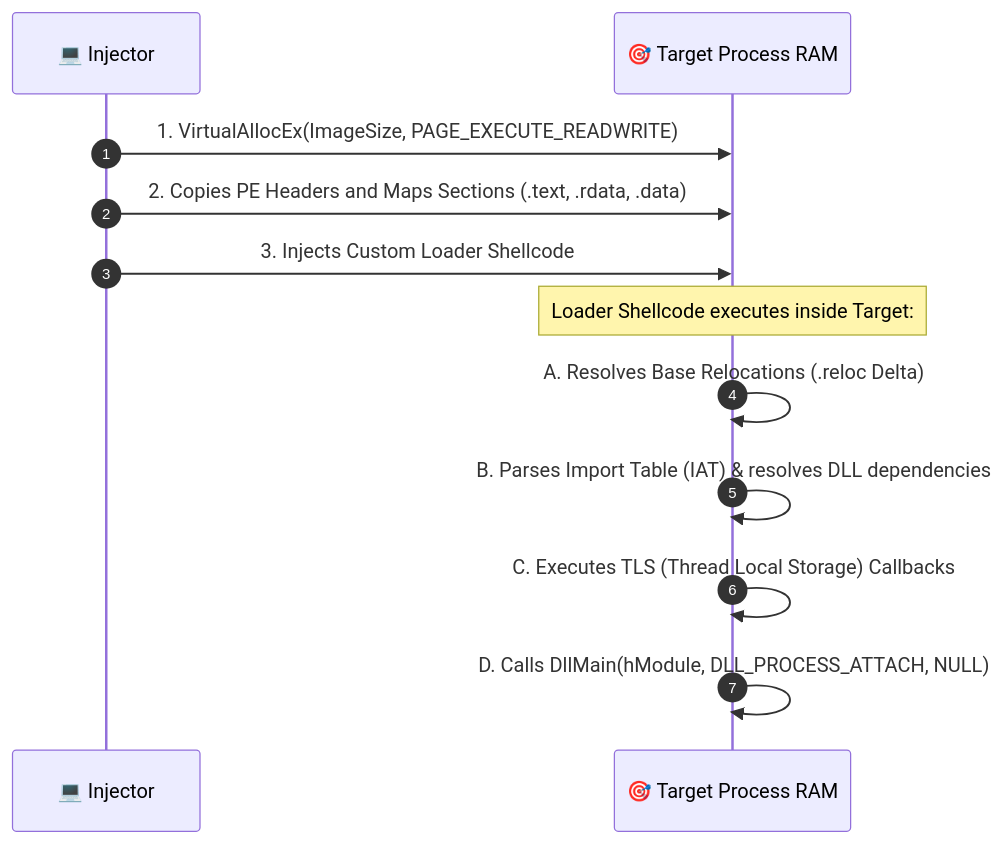
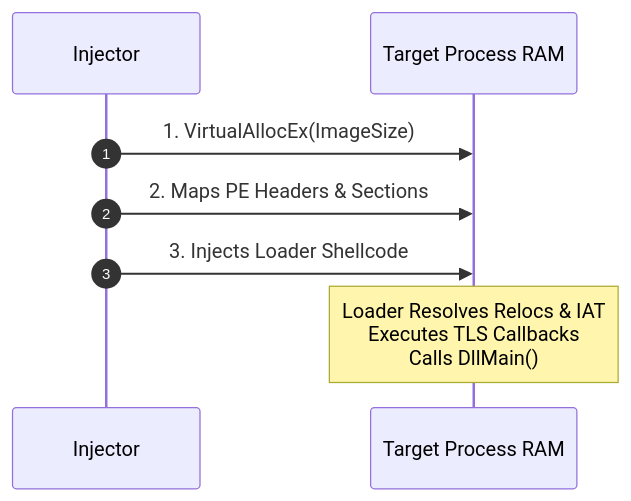
Before and after one commit to DaddyZyn/Cyber-security-notes: the third of 6 diagrams in topics/18-process-manipulation-and-hooking-mechanics/README.md, drawn with Mermaid. The commit also changed other lines of this file and 19 other files, not shown here.

Commit message:
fix: overhaul all Mermaid diagrams with clean vertical layouts and short line-wrapping to prevent GitHub clipping

````diff
--- a/topics/18-process-manipulation-and-hooking-mechanics/README.md
+++ b/topics/18-process-manipulation-and-hooking-mechanics/README.md
@@ -84,15 +84,11 @@
 ```mermaid
 sequenceDiagram
     autonumber
-    participant Injector as 💻 Injector
-    participant Target as 🎯 Target Process RAM
+    participant Injector as Injector
+    participant Target as Target Process RAM
 
-    Injector->>Target: 1. VirtualAllocEx(ImageSize, PAGE_EXECUTE_READWRITE)
-    Injector->>Target: 2. Copies PE Headers and Maps Sections (.text, .rdata, .data)
-    Injector->>Target: 3. Injects Custom Loader Shellcode
-    Note over Target: Loader Shellcode executes inside Target:
-    Target->>Target: A. Resolves Base Relocations (.reloc Delta)
-    Target->>Target: B. Parses Import Table (IAT) & resolves DLL dependencies
-    Target->>Target: C. Executes TLS (Thread Local Storage) Callbacks
-    Target->>Target: D. Calls DllMain(hModule, DLL_PROCESS_ATTACH, NULL)
+    Injector->>Target: 1. VirtualAllocEx(ImageSize)
+    Injector->>Target: 2. Maps PE Headers & Sections
+    Injector->>Target: 3. Injects Loader Shellcode
+    Note over Target: Loader Resolves Relocs & IAT<br/>Executes TLS Callbacks<br/>Calls DllMain()
 ```
````
